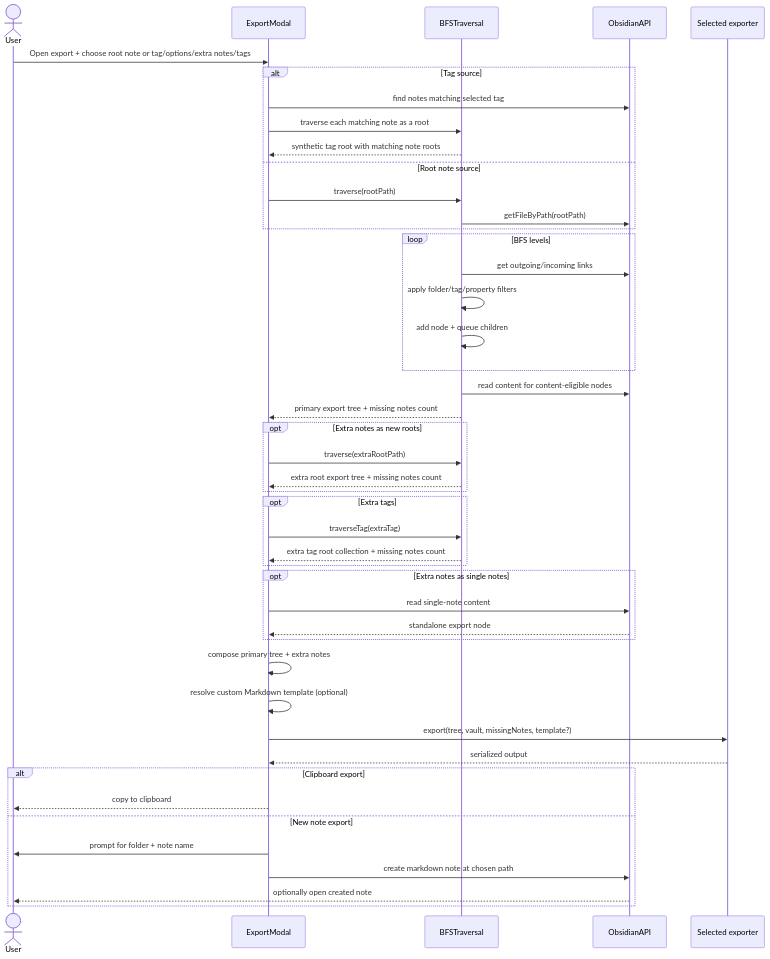
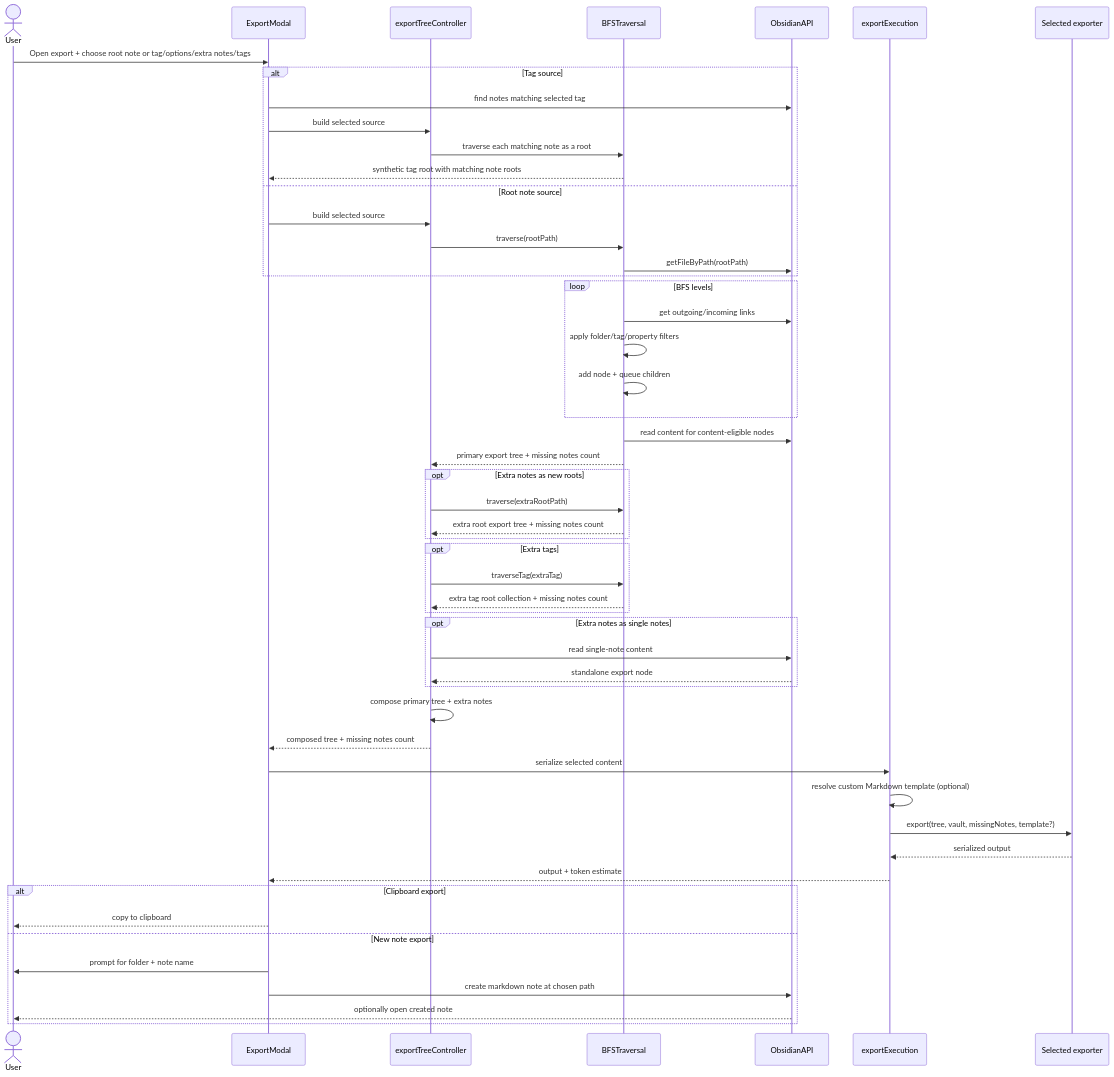
The first of 3 diagrams in docs/export-architecture.md (LittleHaku/obsidian-smart-export), drawn with Mermaid before and after one commit. The commit also changed other lines of this file and 18 other files, not shown here.

````diff
--- a/docs/export-architecture.md
+++ b/docs/export-architecture.md
@@ -24,48 +38,55 @@
 ```mermaid
 sequenceDiagram
     actor User
     participant Modal as ExportModal
+    participant Controller as exportTreeController
     participant Traversal as BFSTraversal
     participant API as ObsidianAPI
+    participant Execution as exportExecution
     participant Exporter as Selected exporter
 
     User->>Modal: Open export + choose root note or tag/options/extra notes/tags
     alt Tag source
         Modal->>API: find notes matching selected tag
-        Modal->>Traversal: traverse each matching note as a root
+        Modal->>Controller: build selected source
+        Controller->>Traversal: traverse each matching note as a root
         Traversal-->>Modal: synthetic tag root with matching note roots
     else Root note source
-        Modal->>Traversal: traverse(rootPath)
+        Modal->>Controller: build selected source
+        Controller->>Traversal: traverse(rootPath)
         Traversal->>API: getFileByPath(rootPath)
     end
     loop BFS levels
         Traversal->>API: get outgoing/incoming links
         Traversal->>Traversal: apply folder/tag/property filters
         Traversal->>Traversal: add node + queue children
     end
     Traversal->>API: read content for content-eligible nodes
-    Traversal-->>Modal: primary export tree + missing notes count
+    Traversal-->>Controller: primary export tree + missing notes count
     opt Extra notes as new roots
-        Modal->>Traversal: traverse(extraRootPath)
-        Traversal-->>Modal: extra root export tree + missing notes count
+        Controller->>Traversal: traverse(extraRootPath)
+        Traversal-->>Controller: extra root export tree + missing notes count
     end
     opt Extra tags
-        Modal->>Traversal: traverseTag(extraTag)
-        Traversal-->>Modal: extra tag root collection + missing notes count
+        Controller->>Traversal: traverseTag(extraTag)
+        Traversal-->>Controller: extra tag root collection + missing notes count
     end
     opt Extra notes as single notes
-        Modal->>API: read single-note content
-        API-->>Modal: standalone export node
+        Controller->>API: read single-note content
+        API-->>Controller: standalone export node
     end
-    Modal->>Modal: compose primary tree + extra notes
-    Modal->>Modal: resolve custom Markdown template (optional)
-    Modal->>Exporter: export(tree, vault, missingNotes, template?)
-    Exporter-->>Modal: serialized output
+    Controller->>Controller: compose primary tree + extra notes
+    Controller-->>Modal: composed tree + missing notes count
+    Modal->>Execution: serialize selected content
+    Execution->>Execution: resolve custom Markdown template (optional)
+    Execution->>Exporter: export(tree, vault, missingNotes, template?)
+    Exporter-->>Execution: serialized output
+    Execution-->>Modal: output + token estimate
     alt Clipboard export
         Modal-->>User: copy to clipboard
     else New note export
         Modal->>User: prompt for folder + note name
         Modal->>API: create markdown note at chosen path
         API-->>User: optionally open created note
     end
 ```
````
